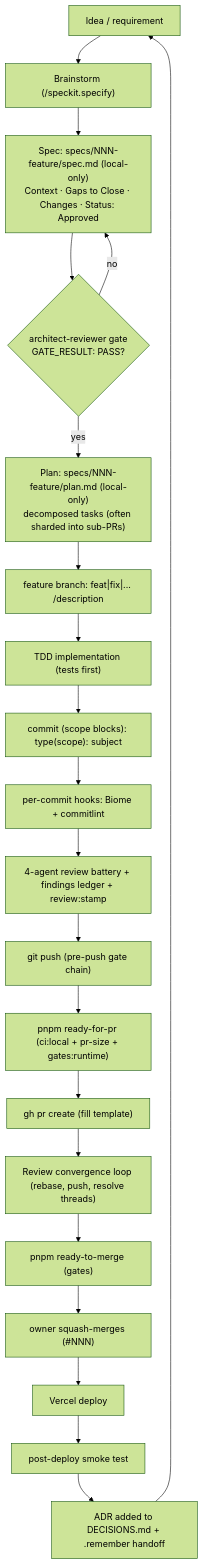
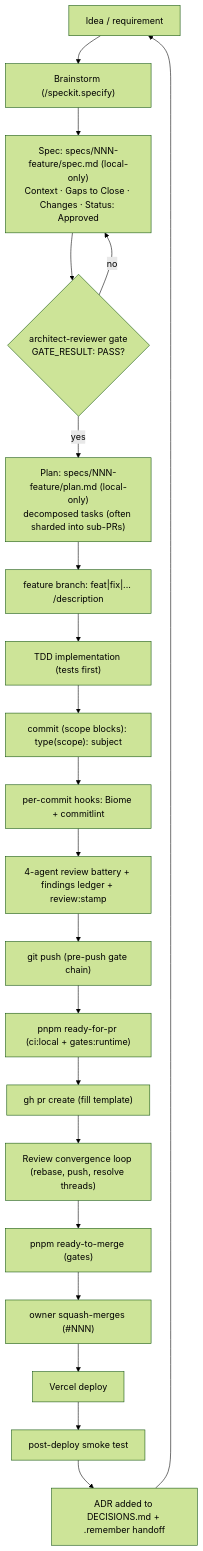
One commit to erikunha/portfolio changed the first of 2 diagrams in docs/handbook/development-lifecycle.md. Above: the diagram before and after it, drawn with Mermaid (forest theme). The commit also changed other lines of this file and 22 other files, not shown here.

````diff
--- a/docs/handbook/development-lifecycle.md
+++ b/docs/handbook/development-lifecycle.md
@@ -7,23 +7,23 @@
 ```mermaid
 flowchart TD
     idea["Idea / requirement"] --> brainstorm["Brainstorm (/speckit.specify)"]
     brainstorm --> spec["Spec: specs/NNN-feature/spec.md (local-only)<br/>Context · Gaps to Close · Changes · Status: Approved"]
     spec --> agate{"architect-reviewer gate<br/>GATE_RESULT: PASS?"}
     agate -->|no| spec
     agate -->|yes| plan["Plan: specs/NNN-feature/plan.md (local-only)<br/>decomposed tasks (often sharded into sub-PRs)"]
     plan --> branch["feature branch: feat|fix|... /description"]
     branch --> tdd["TDD implementation (tests first)"]
     tdd --> commit["commit (scope blocks): type(scope): subject"]
     commit --> hooks["per-commit hooks: Biome + commitlint"]
     hooks --> battery["4-agent review battery + findings ledger + review:stamp"]
     battery --> push["git push (pre-push gate chain)"]
-    push --> readypr["pnpm ready-for-pr (ci:local + pr-size + gates:runtime)"]
+    push --> readypr["pnpm ready-for-pr (ci:local + gates:runtime)"]
     readypr --> pr["gh pr create (fill template)"]
     pr --> conv["Review convergence loop (rebase, push, resolve threads)"]
     conv --> readymerge["pnpm ready-to-merge (gates)"]
     readymerge --> merge["owner squash-merges (#NNN)"]
     merge --> deploy["Vercel deploy"]
     deploy --> smoke["post-deploy smoke test"]
     smoke --> adr["ADR added to DECISIONS.md + .remember handoff"]
     adr --> idea
 ```
````
